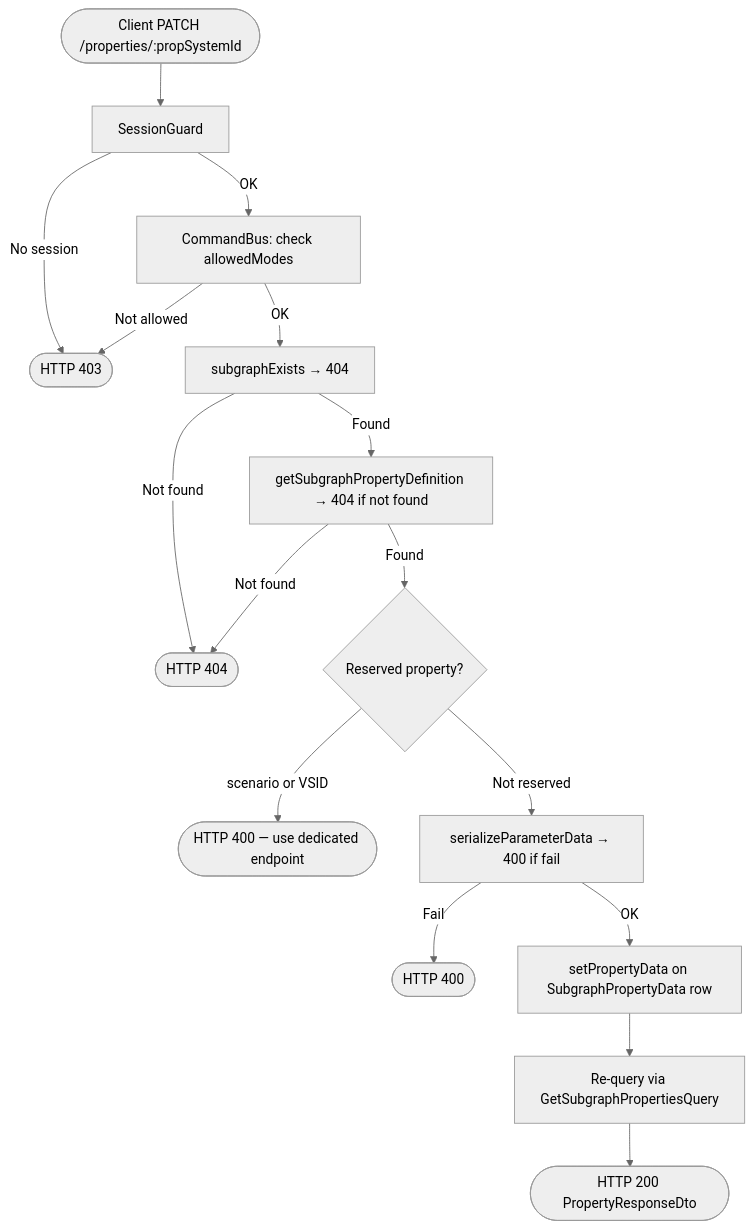
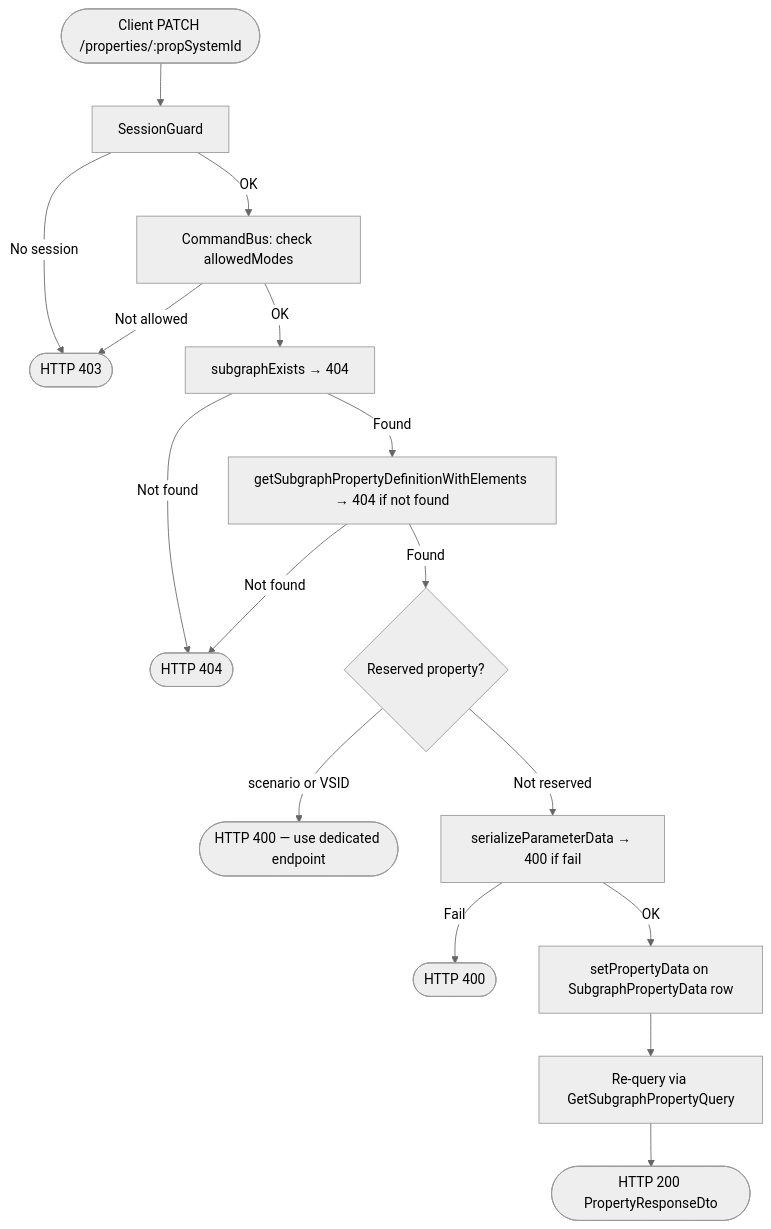
The second of 3 diagrams in docs/property-data/design/set-subgraph-property-design.md (AudioReach/audioreach-creator-backend), drawn with Mermaid (neutral theme) before and after one commit. The commit also changed other lines of this file and 1 other file, not shown here.

First line of the commit message:
feat(data): add endpoints for set property data

````diff
--- a/docs/property-data/design/set-subgraph-property-design.md
+++ b/docs/property-data/design/set-subgraph-property-design.md
@@ -53,18 +164,18 @@
 ```mermaid
 flowchart TD
     A([Client PATCH /properties/:propSystemId]) --> B[SessionGuard]
     B -->|No session| C([HTTP 403])
     B -->|OK| D[CommandBus: check allowedModes]
     D -->|Not allowed| C
     D -->|OK| E[subgraphExists → 404]
     E -->|Not found| F([HTTP 404])
-    E -->|Found| G[getSubgraphPropertyDefinition → 404 if not found]
+    E -->|Found| G[getSubgraphPropertyDefinitionWithElements → 404 if not found]
     G -->|Not found| F
     G -->|Found| H{Reserved property?}
     H -->|scenario or VSID| I([HTTP 400 — use dedicated endpoint])
     H -->|Not reserved| J[serializeParameterData → 400 if fail]
     J -->|Fail| K([HTTP 400])
     J -->|OK| L[setPropertyData on SubgraphPropertyData row]
-    L --> M[Re-query via GetSubgraphPropertiesQuery]
+    L --> M[Re-query via GetSubgraphPropertyQuery]
     M --> N([HTTP 200 PropertyResponseDto])
 ```
````
